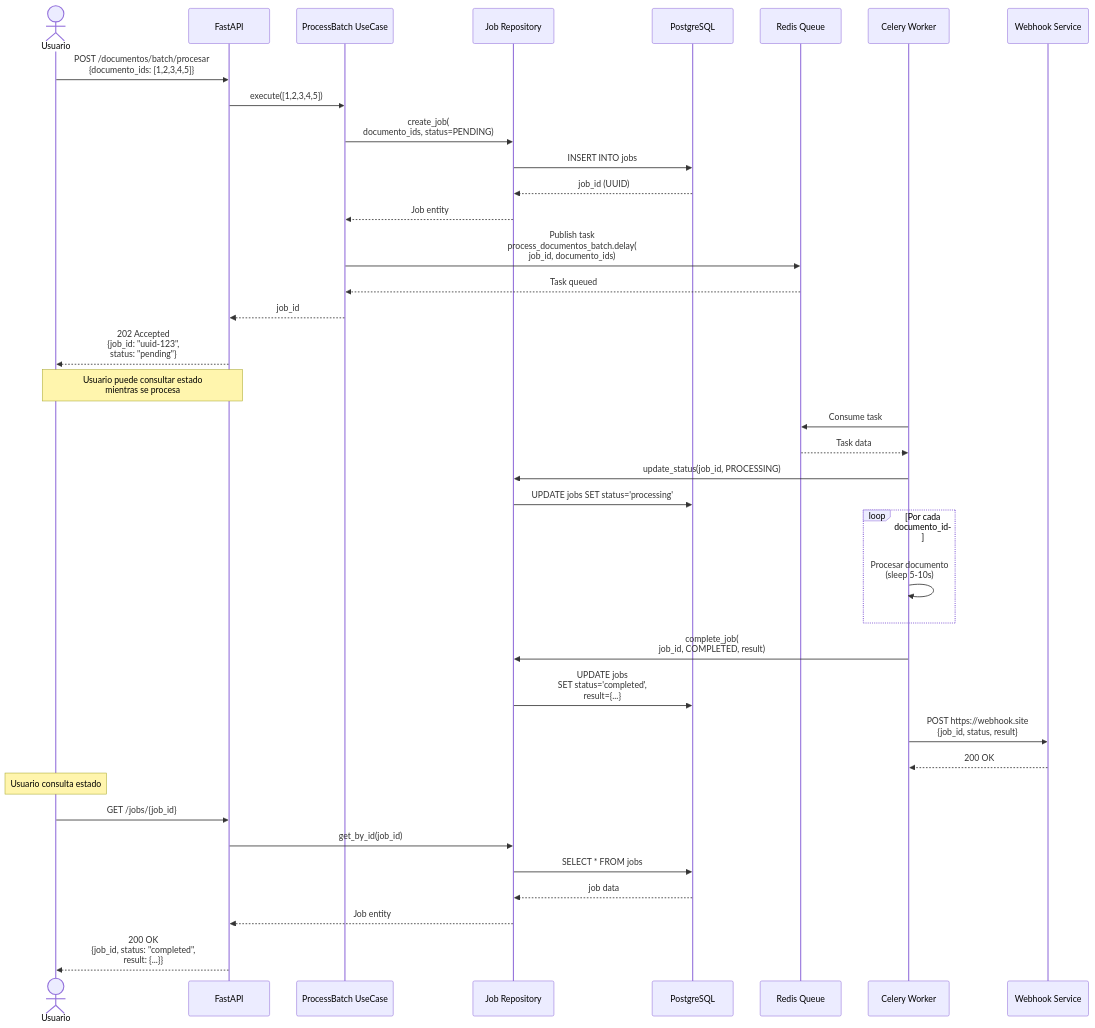
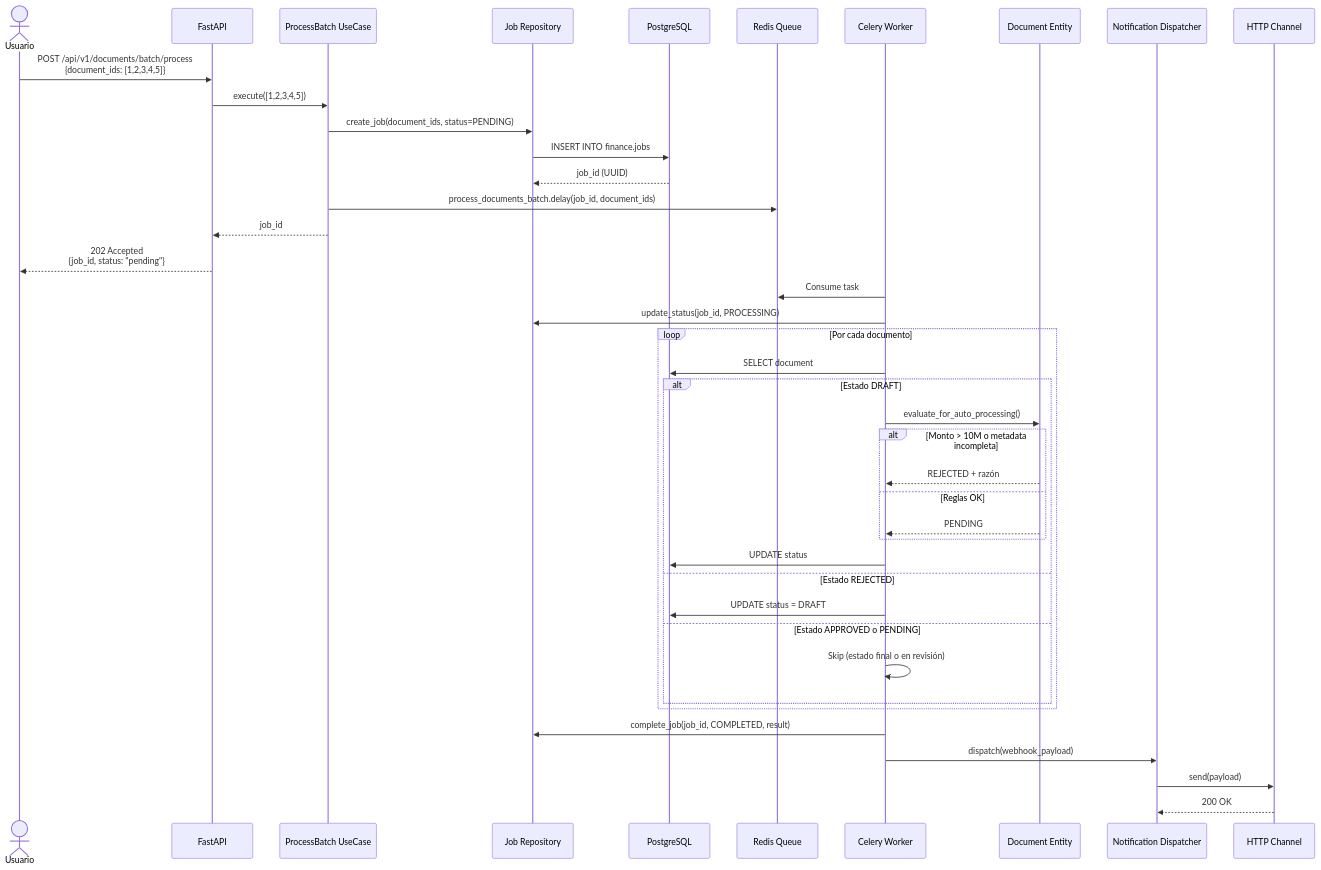
Before and after one commit to abyssorcdev/duppla: the ninth of 16 diagrams in docs/project_design.md, drawn with Mermaid. The commit also changed other lines of this file, not shown here.

````diff
--- a/docs/project_design.md
+++ b/docs/project_design.md
@@ -383,52 +466,52 @@
 ```mermaid
 sequenceDiagram
     actor User as Usuario
     participant API as FastAPI
     participant UC as ProcessBatch UseCase
     participant JobRepo as Job Repository
     participant DB as PostgreSQL
     participant Redis as Redis Queue
     participant Worker as Celery Worker
-    participant Webhook as Webhook Service
+    participant Domain as Document Entity
+    participant Dispatcher as Notification Dispatcher
+    participant Webhook as HTTP Channel
 
-    User->>API: POST /documentos/batch/procesar<br/>{documento_ids: [1,2,3,4,5]}
+    User->>API: POST /api/v1/documents/batch/process<br/>{document_ids: [1,2,3,4,5]}
 
     API->>UC: execute([1,2,3,4,5])
 
-    UC->>JobRepo: create_job(<br/>documento_ids, status=PENDING)
-    JobRepo->>DB: INSERT INTO jobs
+    UC->>JobRepo: create_job(document_ids, status=PENDING)
+    JobRepo->>DB: INSERT INTO finance.jobs
     DB-->>JobRepo: job_id (UUID)
-    JobRepo-->>UC: Job entity
 
-    UC->>Redis: Publish task<br/>process_documentos_batch.delay(<br/>job_id, documento_ids)
-    Redis-->>UC: Task queued
+    UC->>Redis: process_documents_batch.delay(job_id, document_ids)
 
     UC-->>API: job_id
-    API-->>User: 202 Accepted<br/>{job_id: "uuid-123",<br/>status: "pending"}
-
-    Note over User,API: Usuario puede consultar estado<br/>mientras se procesa
+    API-->>User: 202 Accepted<br/>{job_id, status: "pending"}
 
     Worker->>Redis: Consume task
-    Redis-->>Worker: Task data
+    Worker->>JobRepo: update_status(job_id, PROCESSING)
 
-    Worker->>JobRepo: update_status(job_id, PROCESSING)
-    JobRepo->>DB: UPDATE jobs SET status='processing'
-
-    loop Por cada documento_id
-        Worker->>Worker: Procesar documento<br/>(sleep 5-10s)
+    loop Por cada documento
+        Worker->>DB: SELECT document
+        alt Estado DRAFT
+            Worker->>Domain: evaluate_for_auto_processing()
+            alt Monto > 10M o metadata incompleta
+                Domain-->>Worker: REJECTED + razón
+            else Reglas OK
+                Domain-->>Worker: PENDING
+            end
+            Worker->>DB: UPDATE status
+        else Estado REJECTED
+            Worker->>DB: UPDATE status = DRAFT
+        else Estado APPROVED o PENDING
+            Worker->>Worker: Skip (estado final o en revisión)
+        end
     end
 
-    Worker->>JobRepo: complete_job(<br/>job_id, COMPLETED, result)
-    JobRepo->>DB: UPDATE jobs<br/>SET status='completed',<br/>result={...}
+    Worker->>JobRepo: complete_job(job_id, COMPLETED, result)
 
-    Worker->>Webhook: POST https://webhook.site<br/>{job_id, status, result}
-    Webhook-->>Worker: 200 OK
-
-    Note over User: Usuario consulta estado
-    User->>API: GET /jobs/{job_id}
-    API->>JobRepo: get_by_id(job_id)
-    JobRepo->>DB: SELECT * FROM jobs
-    DB-->>JobRepo: job data
-    JobRepo-->>API: Job entity
-    API-->>User: 200 OK<br/>{job_id, status: "completed",<br/>result: {...}}
+    Worker->>Dispatcher: dispatch(webhook_payload)
+    Dispatcher->>Webhook: send(payload)
+    Webhook-->>Dispatcher: 200 OK
 ```
````
